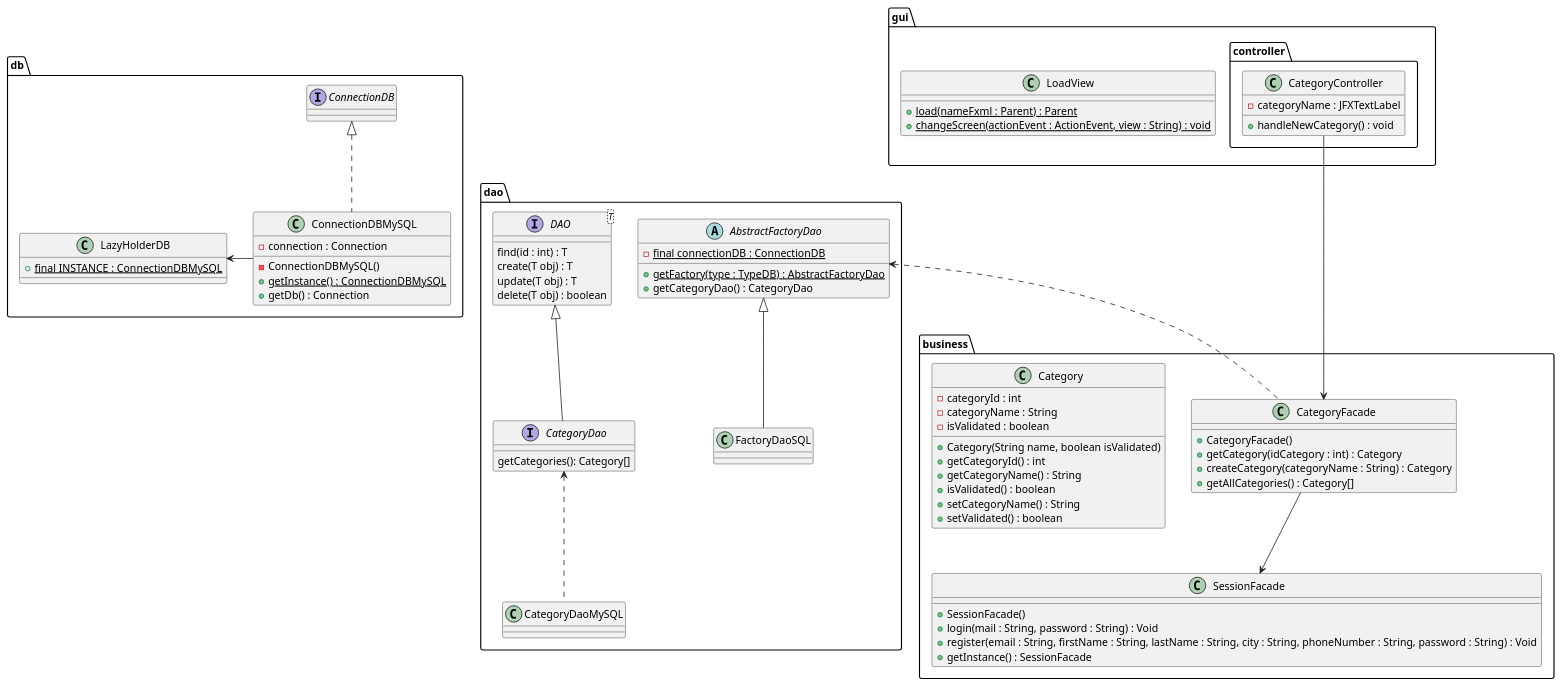
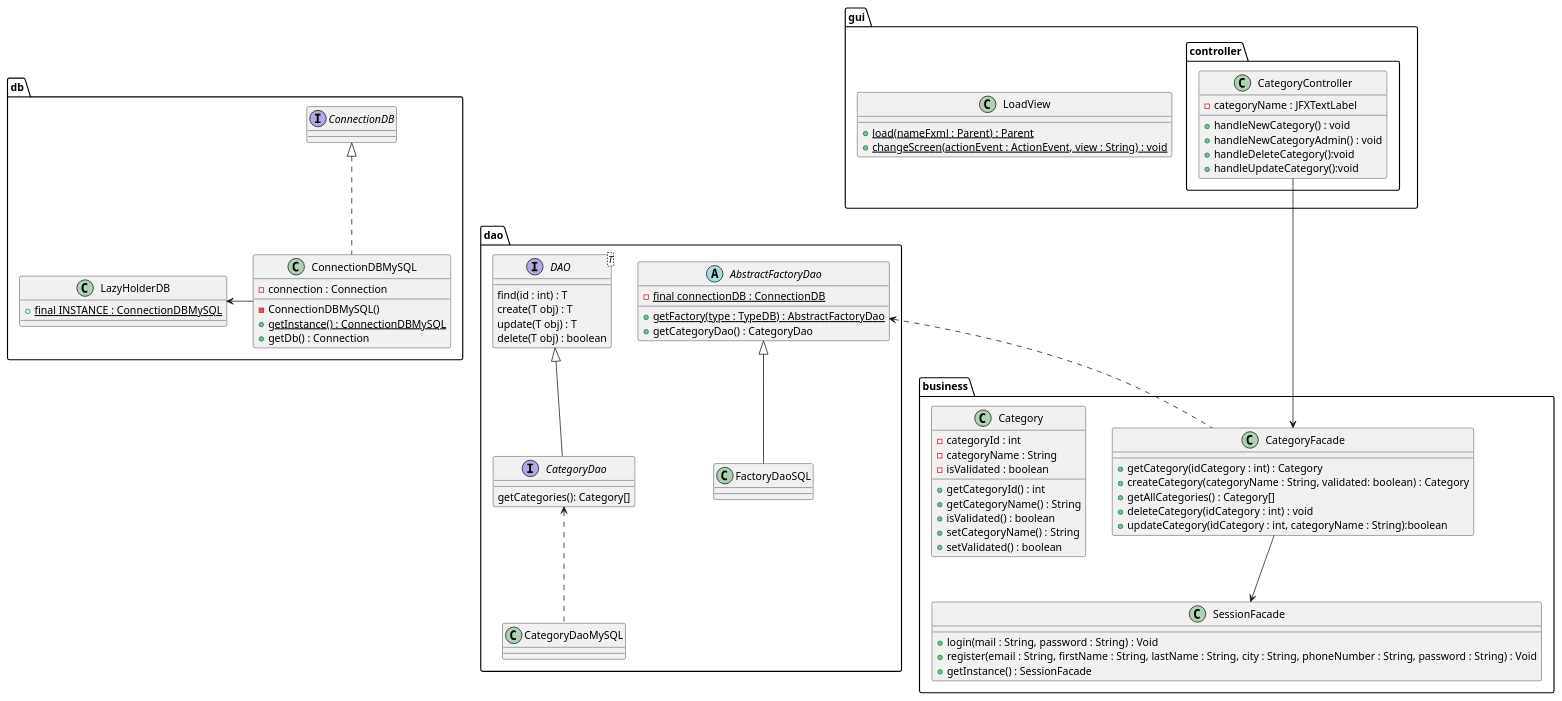
The diagram in documents/diagram/category/categoryClass.puml (LaunoisRemy/ToolShare), drawn with PlantUML before and after one commit. The commit also changed 1 other file, not shown here.

Commit message:
Category Class and sequence diagram updated Has update,delete methods and add from an admin now

```diff
--- a/documents/diagram/category/categoryClass.puml
+++ b/documents/diagram/category/categoryClass.puml
@@ -1,97 +1,99 @@
 @startuml
 
 package dao {
 
 
     interface CategoryDao{
         getCategories(): Category[]
     }
     class CategoryDaoMySQL
     AbstractFactoryDao <|-- FactoryDaoSQL
     CategoryDao <.. CategoryDaoMySQL
 
     interface DAO<T>{
         find(id : int) : T
         create(T obj) : T
         update(T obj) : T
         delete(T obj) : boolean
     }
 
     abstract AbstractFactoryDao{
         - {static} final connectionDB : ConnectionDB
         + {static} getFactory(type : TypeDB) : AbstractFactoryDao
         + getCategoryDao() : CategoryDao
     }
 
     class FactoryDaoSQL{
     }
 
 
     DAO <|-- CategoryDao
 }
 package db{
     class ConnectionDBMySQL{
         - connection : Connection
         - ConnectionDBMySQL()
         + {static} getInstance() : ConnectionDBMySQL
         + getDb() : Connection
     }
 
     class LazyHolderDB{
         + {static} final INSTANCE : ConnectionDBMySQL
     }
     interface ConnectionDB
     ConnectionDBMySQL -Left-> LazyHolderDB
     ConnectionDBMySQL .up.|> ConnectionDB
 
 }
 package business{
     class CategoryFacade{
-    + CategoryFacade()
     + getCategory(idCategory : int) : Category
-    + createCategory(categoryName : String) : Category
+    + createCategory(categoryName : String, validated: boolean) : Category
     + getAllCategories() : Category[]
+    + deleteCategory(idCategory : int) : void
+    + updateCategory(idCategory : int, categoryName : String):boolean
     }
     class SessionFacade{
-        + SessionFacade()
         + login(mail : String, password : String) : Void
         + register(email : String, firstName : String, lastName : String, city : String, phoneNumber : String, password : String) : Void
         + getInstance() : SessionFacade
     }
 
     CategoryFacade --> SessionFacade
     class Category{
         -categoryId : int
         -categoryName : String
         -isValidated : boolean
-        + Category(String name, boolean isValidated)
         + getCategoryId() : int
         + getCategoryName() : String
         + isValidated() : boolean
         + setCategoryName() : String
         + setValidated() : boolean
 
     }
 
 }
 
 package gui{
 
     class LoadView{
         + {static} load(nameFxml : Parent) : Parent
         + {static} changeScreen(actionEvent : ActionEvent, view : String) : void
     }
 
     package controller{
         class CategoryController{
             -categoryName : JFXTextLabel
             + handleNewCategory() : void
+            + handleNewCategoryAdmin() : void
+            + handleDeleteCategory():void
+            + handleUpdateCategory():void
         }
     }
 }
 CategoryFacade <--Up- CategoryController
 CategoryFacade .Up.> AbstractFactoryDao
 
 
 
 @enduml
```
